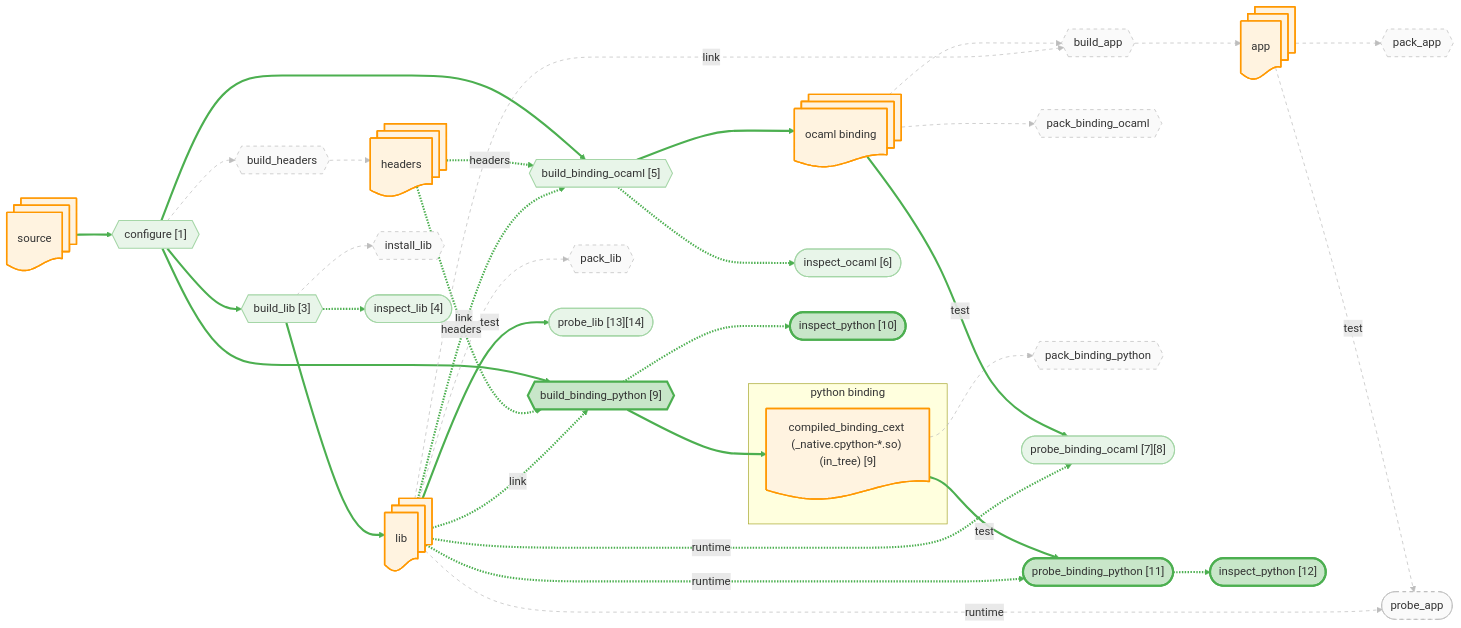
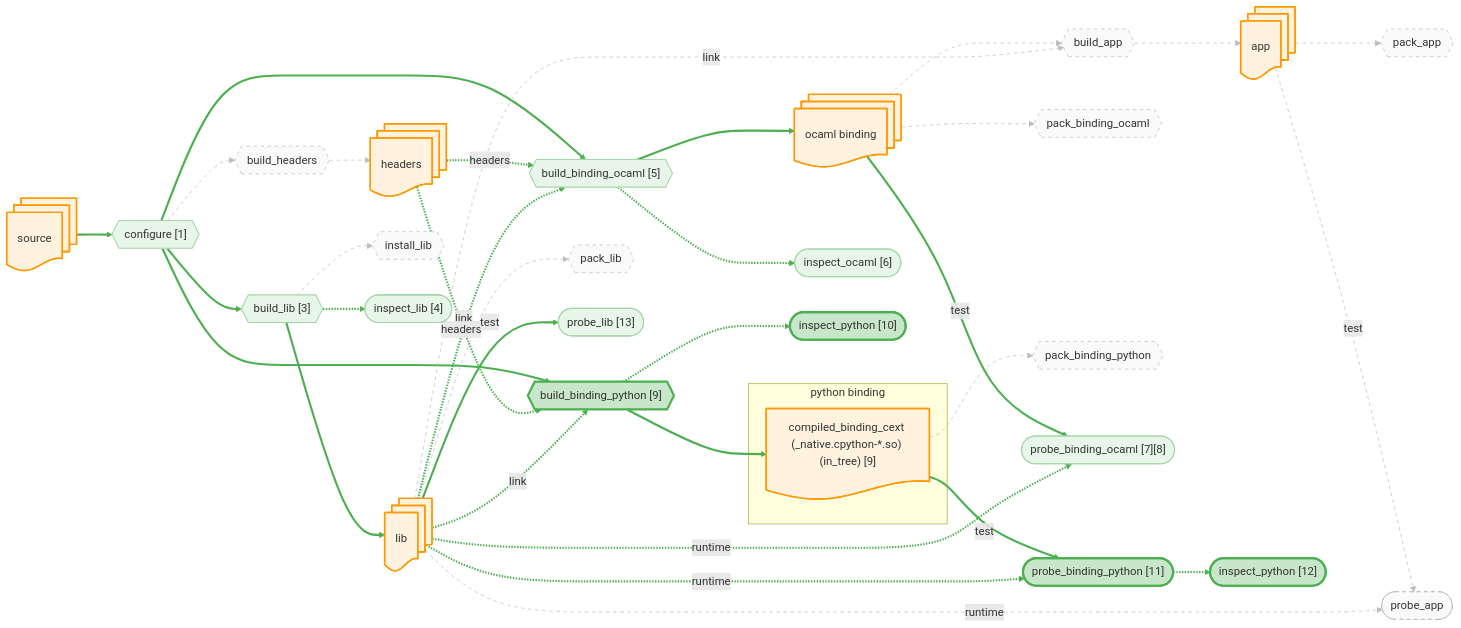
Before and after one commit to JHU-PL-Lab/tola: the diagram in docs/canary/projects/tiny/-run/diagrams/binding_python.mmd, drawn with Mermaid. The commit also changed 17 other files, not shown here.

```diff
--- a/docs/canary/projects/tiny/-run/diagrams/binding_python.mmd
+++ b/docs/canary/projects/tiny/-run/diagrams/binding_python.mmd
@@ -1,124 +1,124 @@
 %% view: binding_python
 graph LR
     source_node@{ shape: docs, label: "source" }
     headers_node@{ shape: docs, label: "headers" }
     lib_node@{ shape: docs, label: "lib" }
     app_node@{ shape: docs, label: "app" }
     ocaml_binding_node@{ shape: docs, label: "ocaml binding" }
     subgraph python_binding_sg ["python binding"]
       python_binding_build_tree_node@{ shape: doc, label: "compiled_binding_cext (_native.cpython-*.so) (in_tree) [9]" }
     end
 
     A_configure{{"configure [1]"}}
     A_build_headers{{"build_headers"}}
     A_build_lib{{"build_lib [3]"}}
     A_build_binding_ocaml{{"build_binding_ocaml [5]"}}
     A_build_binding_python{{"build_binding_python [9]"}}
     A_build_app{{"build_app"}}
     A_install_lib{{"install_lib"}}
     A_pack_binding_ocaml{{"pack_binding_ocaml"}}
     A_pack_binding_python{{"pack_binding_python"}}
     A_pack_lib{{"pack_lib"}}
     A_pack_app{{"pack_app"}}
     A_probe_binding_ocaml(["probe_binding_ocaml [7][8]"])
     A_probe_binding_python(["probe_binding_python [11]"])
-    A_probe_lib(["probe_lib [13][14]"])
+    A_probe_lib(["probe_lib [13]"])
     A_probe_app(["probe_app"])
     A_build_lib_inspect(["inspect_lib [4]"])
     A_build_binding_ocaml_inspect(["inspect_ocaml [6]"])
     A_build_binding_python_inspect(["inspect_python [10]"])
     A_probe_binding_python_inspect(["inspect_python [12]"])
 
     source_node --> A_configure
     A_configure --> A_build_headers
     A_build_headers --> headers_node
     A_configure --> A_build_lib
     A_build_lib --> lib_node
     A_configure --> A_build_binding_ocaml
     headers_node -.->|headers| A_build_binding_ocaml
     lib_node -.->|link| A_build_binding_ocaml
     A_build_binding_ocaml --> ocaml_binding_node
     A_configure --> A_build_binding_python
     headers_node -.->|headers| A_build_binding_python
     lib_node -.->|link| A_build_binding_python
     A_build_binding_python --> python_binding_build_tree_node
     ocaml_binding_node --> A_build_app
     lib_node -.->|link| A_build_app
     A_build_app --> app_node
     A_build_lib --> A_install_lib
     ocaml_binding_node --> A_pack_binding_ocaml
     python_binding_build_tree_node --> A_pack_binding_python
     lib_node --> A_pack_lib
     app_node --> A_pack_app
     ocaml_binding_node -->|test| A_probe_binding_ocaml
     lib_node -.->|runtime| A_probe_binding_ocaml
     python_binding_build_tree_node -->|test| A_probe_binding_python
     lib_node -.->|runtime| A_probe_binding_python
     lib_node -->|test| A_probe_lib
     app_node -->|test| A_probe_app
     lib_node -.->|runtime| A_probe_app
     A_build_lib -.-> A_build_lib_inspect
     A_build_binding_ocaml -.-> A_build_binding_ocaml_inspect
     A_build_binding_python -.-> A_build_binding_python_inspect
     A_probe_binding_python -.-> A_probe_binding_python_inspect
 
     classDef artifact fill:#fff3e0,stroke:#ff9800,stroke-width:2px
     classDef action fill:#f3e5f5,stroke:#9c27b0,stroke-width:2px
     classDef st_done fill:#c8e6c9,stroke:#4caf50,stroke-width:3px
     classDef st_done_ctx fill:#e8f5e9,stroke:#a5d6a7,stroke-width:1.5px
     classDef st_expected_fail fill:#fff9c4,stroke:#f9a825,stroke-width:2px
     classDef st_failed fill:#ffcdd2,stroke:#c62828,stroke-width:2px
     classDef st_skipped fill:#f5f5f5,stroke:#9e9e9e,stroke-dasharray:5
     classDef st_nospec fill:#fafafa,stroke:#bdbdbd,stroke-dasharray:5
     class source_node,headers_node,lib_node,app_node,ocaml_binding_node,python_binding_build_tree_node artifact
     class A_configure st_done_ctx
     class A_build_headers st_nospec
     class A_build_lib st_done_ctx
     class A_build_binding_ocaml st_done_ctx
     class A_build_binding_python st_done
     class A_build_app st_nospec
     class A_install_lib st_nospec
     class A_pack_binding_ocaml st_nospec
     class A_pack_binding_python st_nospec
     class A_pack_lib st_nospec
     class A_pack_app st_nospec
     class A_probe_binding_ocaml st_done_ctx
     class A_probe_binding_python st_done
     class A_probe_lib st_done_ctx
     class A_probe_app st_nospec
     class A_build_lib_inspect st_done_ctx
     class A_build_binding_ocaml_inspect st_done_ctx
     class A_build_binding_python_inspect st_done
     class A_probe_binding_python_inspect st_done
     linkStyle 0 stroke:#4caf50,stroke-width:3px
     linkStyle 1 stroke:#bdbdbd,stroke-width:1px,stroke-dasharray:5
     linkStyle 2 stroke:#bdbdbd,stroke-width:1px,stroke-dasharray:5
     linkStyle 3 stroke:#4caf50,stroke-width:3px
     linkStyle 4 stroke:#4caf50,stroke-width:3px
     linkStyle 5 stroke:#4caf50,stroke-width:3px
     linkStyle 6 stroke:#4caf50,stroke-width:3px
     linkStyle 7 stroke:#4caf50,stroke-width:3px
     linkStyle 8 stroke:#4caf50,stroke-width:3px
     linkStyle 9 stroke:#4caf50,stroke-width:3px
     linkStyle 10 stroke:#4caf50,stroke-width:3px
     linkStyle 11 stroke:#4caf50,stroke-width:3px
     linkStyle 12 stroke:#4caf50,stroke-width:3px
     linkStyle 13 stroke:#bdbdbd,stroke-width:1px,stroke-dasharray:5
     linkStyle 14 stroke:#bdbdbd,stroke-width:1px,stroke-dasharray:5
     linkStyle 15 stroke:#bdbdbd,stroke-width:1px,stroke-dasharray:5
     linkStyle 16 stroke:#bdbdbd,stroke-width:1px,stroke-dasharray:5
     linkStyle 17 stroke:#bdbdbd,stroke-width:1px,stroke-dasharray:5
     linkStyle 18 stroke:#bdbdbd,stroke-width:1px,stroke-dasharray:5
     linkStyle 19 stroke:#bdbdbd,stroke-width:1px,stroke-dasharray:5
     linkStyle 20 stroke:#bdbdbd,stroke-width:1px,stroke-dasharray:5
     linkStyle 21 stroke:#4caf50,stroke-width:3px
     linkStyle 22 stroke:#4caf50,stroke-width:3px
     linkStyle 23 stroke:#4caf50,stroke-width:3px
     linkStyle 24 stroke:#4caf50,stroke-width:3px
     linkStyle 25 stroke:#4caf50,stroke-width:3px
     linkStyle 26 stroke:#bdbdbd,stroke-width:1px,stroke-dasharray:5
     linkStyle 27 stroke:#bdbdbd,stroke-width:1px,stroke-dasharray:5
     linkStyle 28 stroke:#4caf50,stroke-width:3px
     linkStyle 29 stroke:#4caf50,stroke-width:3px
     linkStyle 30 stroke:#4caf50,stroke-width:3px
     linkStyle 31 stroke:#4caf50,stroke-width:3px
```
